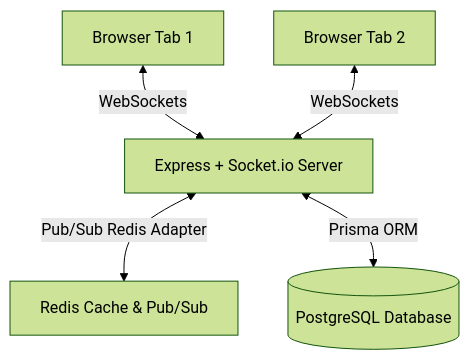
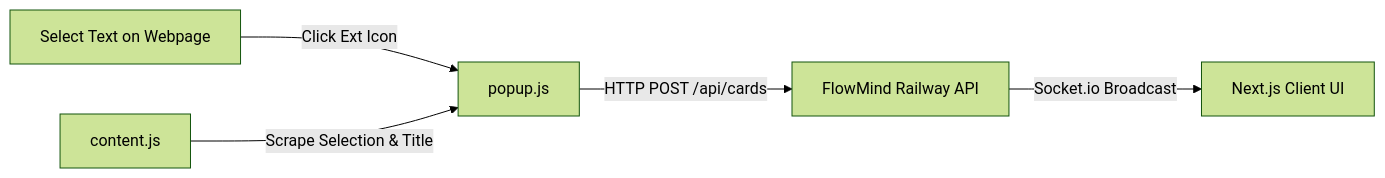
Before and after one commit to VyshrawanP/FlowMind: the third of 3 diagrams in README.md, drawn with Mermaid (forest theme). The commit also changed other lines of this file, not shown here.

Commit message:
docs: expand README into a comprehensive systems architecture manual

````diff
--- a/README.md
+++ b/README.md
@@ -11,7 +222,7 @@
 ```mermaid
-graph TD
-    Client1[Browser Tab 1] <-->|WebSockets| SocketServer[Express + Socket.io Server]
-    Client2[Browser Tab 2] <-->|WebSockets| SocketServer
-    SocketServer <-->|Pub/Sub Redis Adapter| Redis[Redis Cache & Pub/Sub]
-    SocketServer <-->|Prisma ORM| DB[(PostgreSQL Database)]
+graph LR
+    User[Select Text on Webpage] -->|Click Ext Icon| Popup[popup.js]
+    ActiveTab[content.js] -->|Scrape Selection & Title| Popup
+    Popup -->|HTTP POST /api/cards| CloudBackend[FlowMind Railway API]
+    CloudBackend -->|Socket.io Broadcast| WebApp[Next.js Client UI]
 ```
````
